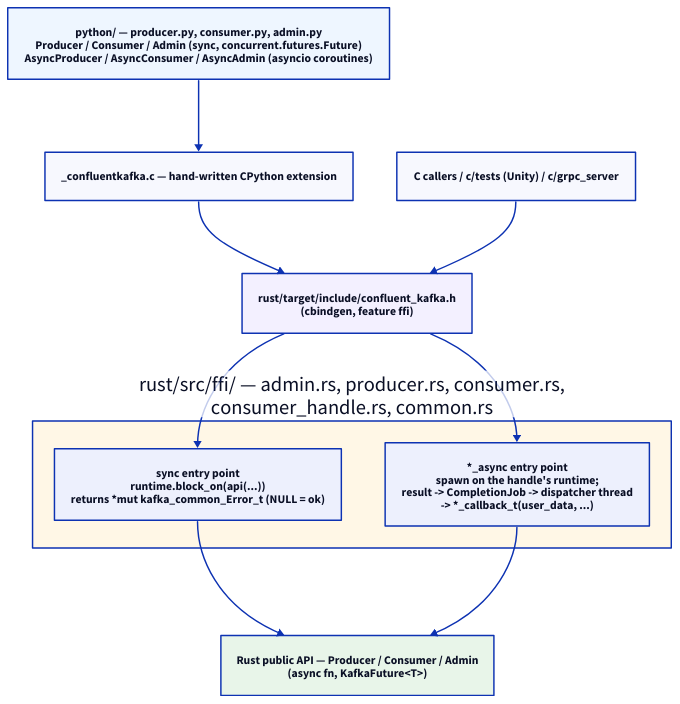
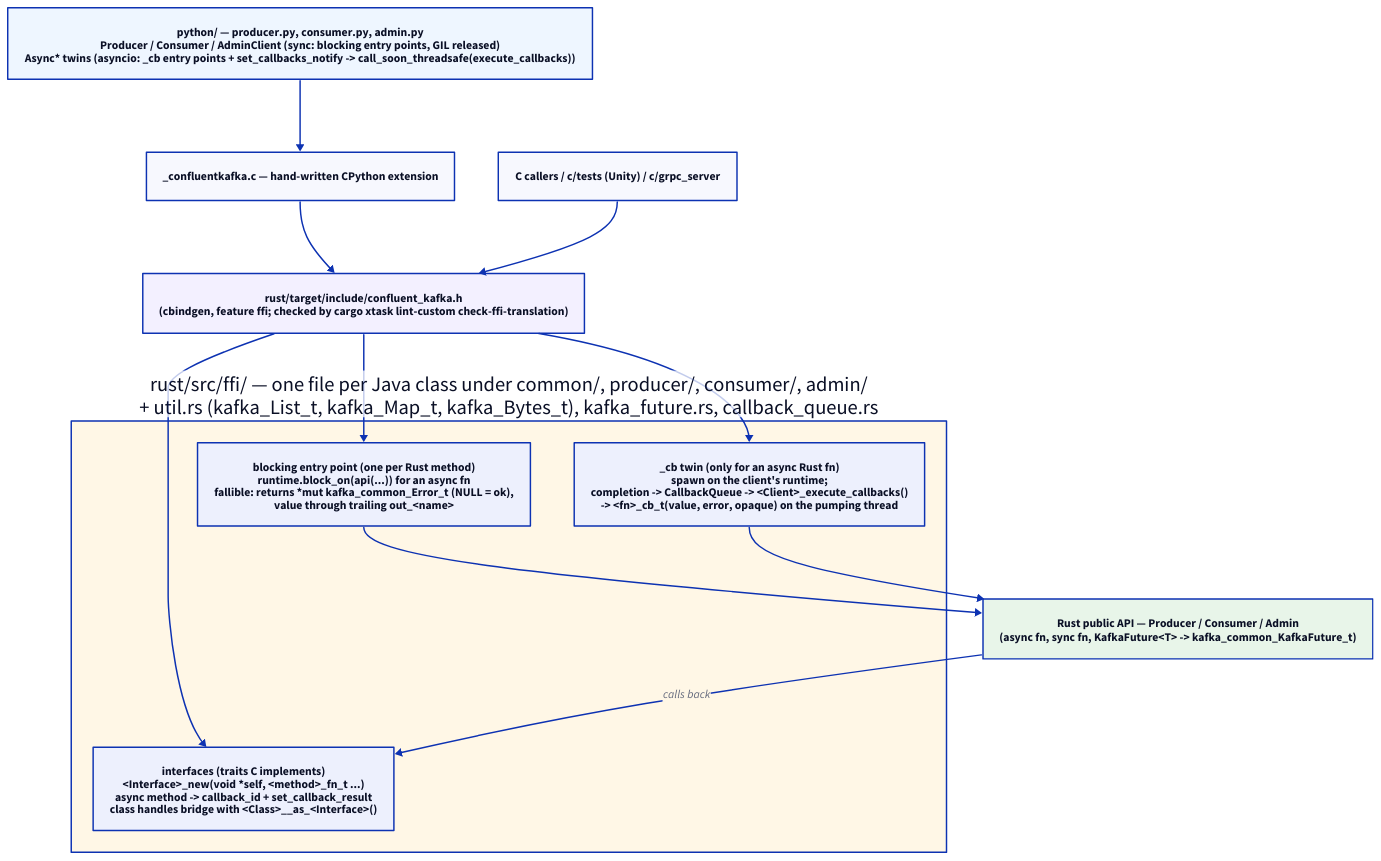
Before and after one commit to confluentinc/kafka-clients: the diagram in design/current/img/bindings-layering.d2, drawn with D2. The commit also changed 4 other files, not shown here.

Commit message:
design: describe the CLAUDE.md §4 C FFI model — per-class files, error slot, _cb twins + callbacks pump, __as_ views, per-key admin futures; refresh crate and test counts

```diff
--- a/design/current/img/bindings-layering.d2
+++ b/design/current/img/bindings-layering.d2
@@ -1,39 +1,44 @@
 # How the C and Python bindings sit on the async Rust API.
 #
 # Source of truth for design/current/img/bindings-layering.svg.
 # Render with: make -C design/current d2
 #
-# The point of this diagram: every blocking operation crosses the C ABI in
-# two shapes -- a sync entry point that block_on's on the handle's own
-# runtime, and an *_async entry point whose result reaches the caller on a
-# dispatcher thread -- and both bindings are thin layers over those two.
+# The point of this diagram: the C API mirrors the Rust (and so the Java)
+# surface one-to-one under CLAUDE.md §4 -- a blocking entry point per Rust
+# `async fn` plus a `_cb` twin whose completion is queued on the client's
+# callbacks vector and run by `_execute_callbacks` on a caller thread; a
+# sync Rust `fn` crosses once. No Rust thread ever runs a user callback.
+# Both bindings are thin layers over that surface.
 
 direction: down
 
-py: "python/ — producer.py, consumer.py, admin.py\nProducer / Consumer / Admin (sync, concurrent.futures.Future)\nAsyncProducer / AsyncConsumer / AsyncAdmin (asyncio coroutines)" {
+py: "python/ — producer.py, consumer.py, admin.py\nProducer / Consumer / AdminClient (sync: blocking entry points, GIL released)\nAsync* twins (asyncio: _cb entry points + set_callbacks_notify -> call_soon_threadsafe(execute_callbacks))" {
   style.fill: "#eef6ff"
 }
 pyext: "_confluentkafka.c — hand-written CPython extension"
 c: "C callers / c/tests (Unity) / c/grpc_server"
 
-header: "rust/target/include/confluent_kafka.h\n(cbindgen, feature ffi)" {
+header: "rust/target/include/confluent_kafka.h\n(cbindgen, feature ffi; checked by cargo xtask lint-custom check-ffi-translation)" {
   style.fill: "#f3f0ff"
 }
 
-ffi: "rust/src/ffi/ — admin.rs, producer.rs, consumer.rs,\nconsumer_handle.rs, common.rs" {
+ffi: "rust/src/ffi/ — one file per Java class under common/, producer/, consumer/, admin/\n+ util.rs (kafka_List_t, kafka_Map_t, kafka_Bytes_t), kafka_future.rs, callback_queue.rs" {
   style.fill: "#fff7e6"
 
-  sync: "sync entry point\nruntime.block_on(api(...))\nreturns *mut kafka_common_Error_t (NULL = ok)"
-  async: "*_async entry point\nspawn on the handle's runtime;\nresult -> CompletionJob -> dispatcher thread\n-> *_callback_t(user_data, ...)"
+  sync: "blocking entry point (one per Rust method)\nruntime.block_on(api(...)) for an async fn\nfallible: returns *mut kafka_common_Error_t (NULL = ok),\nvalue through trailing out_<name>"
+  cb: "_cb twin (only for an async Rust fn)\nspawn on the client's runtime;\ncompletion -> CallbackQueue -> <Client>_execute_callbacks()\n-> <fn>_cb_t(value, error, opaque) on the pumping thread"
+  iface: "interfaces (traits C implements)\n<Interface>_new(void *self, <method>_fn_t ...)\nasync method -> callback_id + set_callback_result\nclass handles bridge with <Class>__as_<Interface>()"
 }
 
-core: "Rust public API — Producer / Consumer / Admin\n(async fn, KafkaFuture<T>)" {
+core: "Rust public API — Producer / Consumer / Admin\n(async fn, sync fn, KafkaFuture<T> -> kafka_common_KafkaFuture_t)" {
   style.fill: "#e8f5e9"
 }
 
 py -> pyext -> header
 c -> header
 header -> ffi.sync
-header -> ffi.async
+header -> ffi.cb
+header -> ffi.iface
 ffi.sync -> core
-ffi.async -> core
+ffi.cb -> core
+core -> ffi.iface: "calls back"
```
